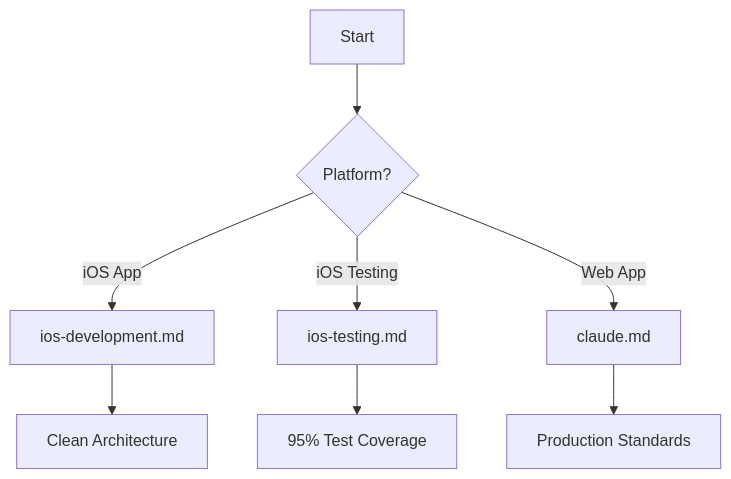
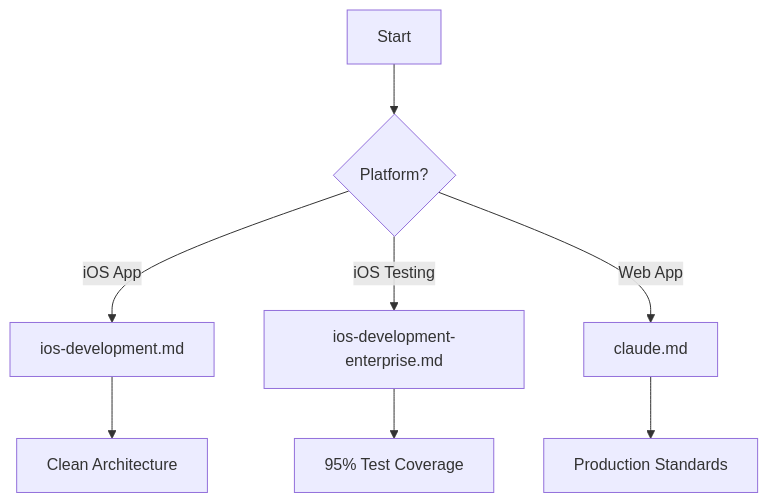
Before and after one commit to geowarsong/claude-starter: the first of 2 diagrams in README.md, drawn with Mermaid. The commit also changed other lines of this file, not shown here.

````diff
--- a/README.md
+++ b/README.md
@@ -98,10 +98,10 @@
 ```mermaid
 graph TD
     A[Start] --> B{Platform?}
     B -->|iOS App| C[ios-development.md]
-    B -->|iOS Testing| D[ios-testing.md]
+    B -->|iOS Testing| D[ios-development-enterprise.md]
     B -->|Web App| E[claude.md]
     C --> F[Clean Architecture]
     D --> G[95% Test Coverage]
     E --> H[Production Standards]
 ```
````
